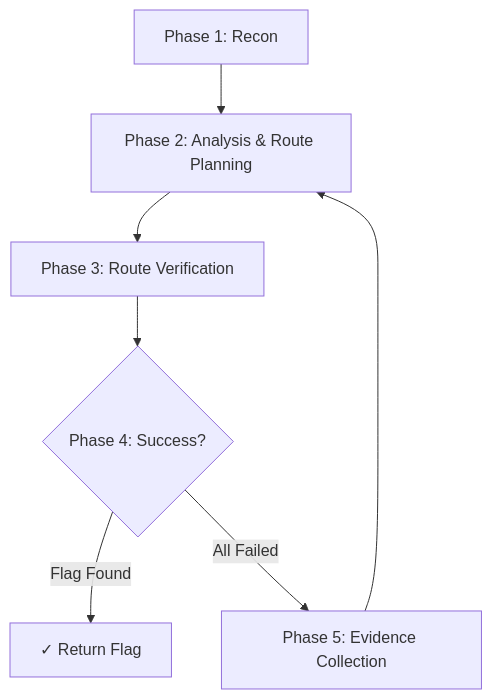
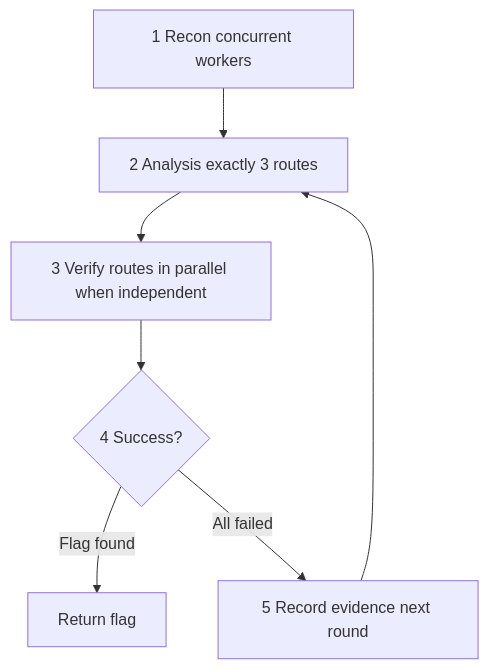
The diagram in README_EN.md (h1kibi/Opencode-for-CTF), drawn with Mermaid before and after one commit. The commit also changed other lines of this file and 384 other files, not shown here.

````diff
--- a/README_EN.md
+++ b/README_EN.md
@@ -148,9 +225,9 @@
 ```mermaid
 graph TD
-    A[Phase 1: Recon] --> B[Phase 2: Analysis & Route Planning]
-    B --> C[Phase 3: Route Verification]
-    C --> D{Phase 4: Success?}
-    D -->|Flag Found| E[✓ Return Flag]
-    D -->|All Failed| F[Phase 5: Evidence Collection]
+    A[1 Recon concurrent workers] --> B[2 Analysis exactly 3 routes]
+    B --> C[3 Verify routes in parallel when independent]
+    C --> D{4 Success?}
+    D -->|Flag found| E[Return flag]
+    D -->|All failed| F[5 Record evidence next round]
     F --> B
 ```
````
